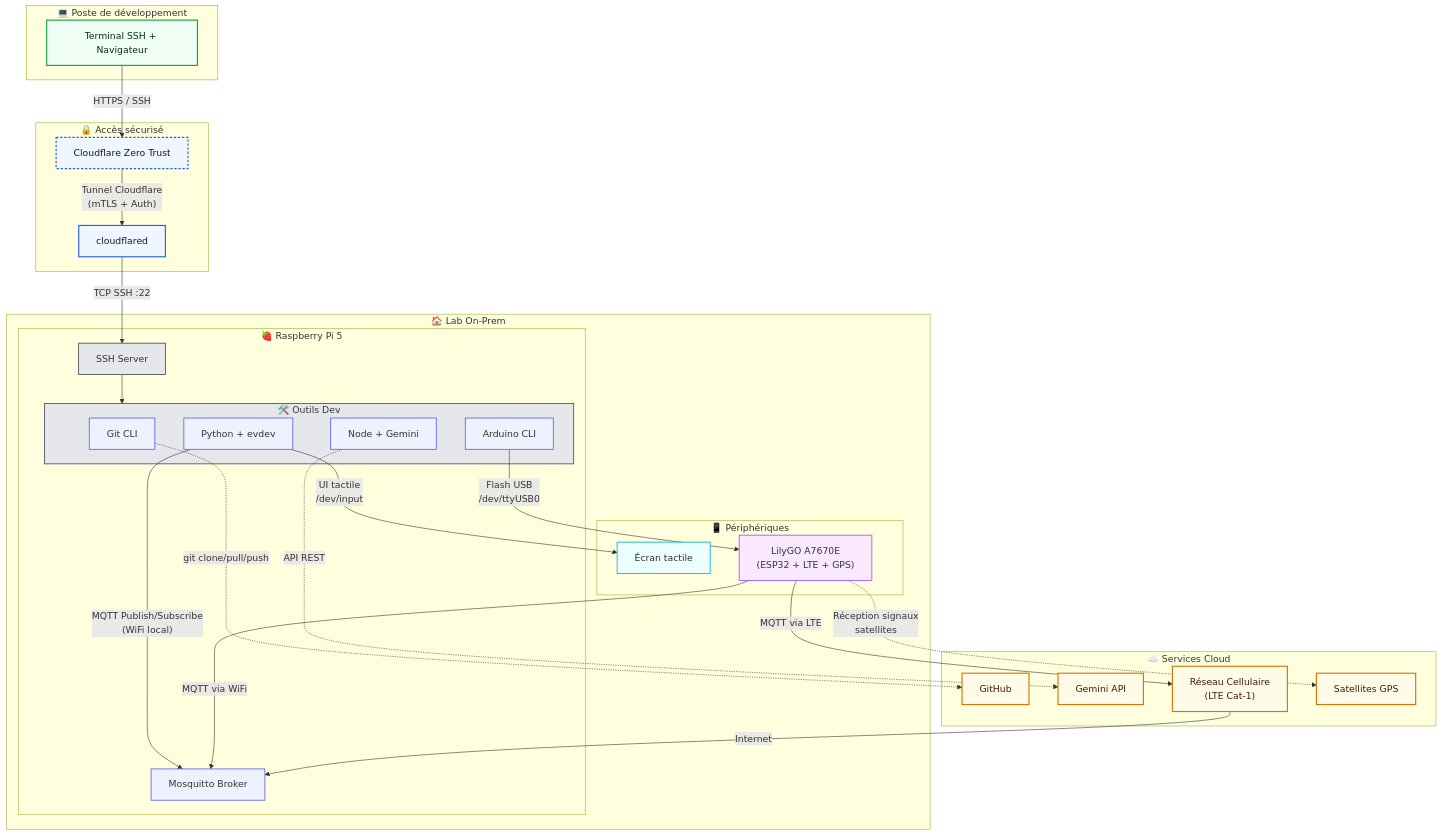
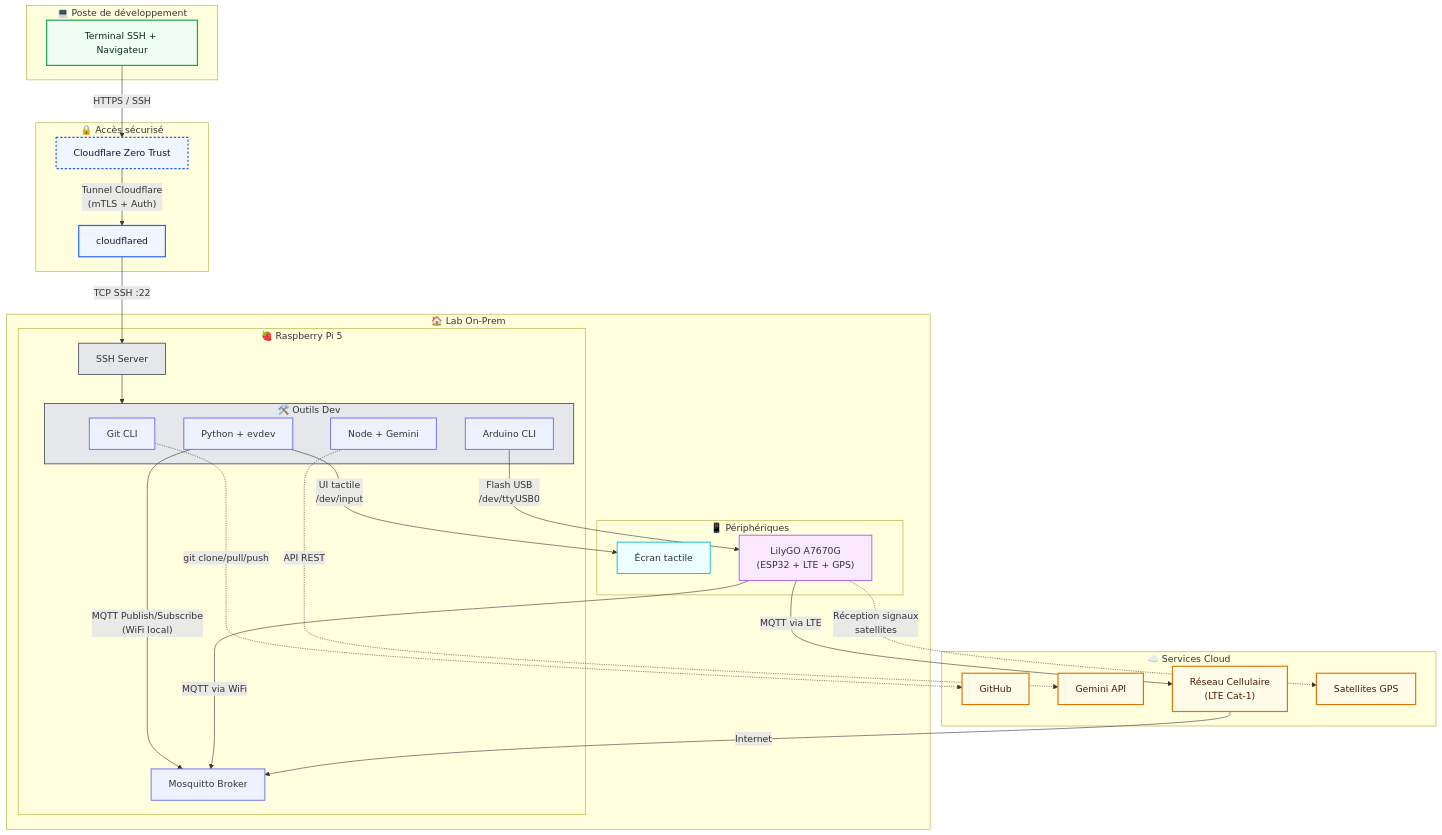
Before and after one commit to fpoisson2/243-4J5-LI: the diagram in labo2/Labo2-communication-sans-fil-MQTT-LTE.md, drawn with Mermaid. The commit also changed other lines of this file and 1 other file, not shown here.

````diff
--- a/labo2/Labo2-communication-sans-fil-MQTT-LTE.md
+++ b/labo2/Labo2-communication-sans-fil-MQTT-LTE.md
@@ -47,7 +47,7 @@
 
         subgraph Lab_Devices ["📱 Périphériques"]
             Touchscreen["Écran tactile"]:::componentDevice
-            LilyGO_A7670E["LilyGO A7670E<br/>(ESP32 + LTE + GPS)"]:::wireless
+            LilyGO_A7670G["LilyGO A7670G<br/>(ESP32 + LTE + GPS)"]:::wireless
         end
     end
 
@@ -75,24 +75,24 @@
 
     %% 4. COMMUNICATION MQTT
     Python_Env -->|"MQTT Publish/Subscribe<br/>(WiFi local)"| MQTT_Broker
-    LilyGO_A7670E -->|"MQTT via WiFi"| MQTT_Broker
-    LilyGO_A7670E -->|"MQTT via LTE"| Cellular_Network
+    LilyGO_A7670G -->|"MQTT via WiFi"| MQTT_Broker
+    LilyGO_A7670G -->|"MQTT via LTE"| Cellular_Network
     Cellular_Network -->|"Internet"| MQTT_Broker
 
     %% 5. PROGRAMMATION ET MONITORING
-    Arduino_CLI -->|"Flash USB<br/>/dev/ttyUSB0"| LilyGO_A7670E
+    Arduino_CLI -->|"Flash USB<br/>/dev/ttyUSB0"| LilyGO_A7670G
 
     %% 6. INTERACTIONS TACTILES
     Python_Env -->|"UI tactile<br/>/dev/input"| Touchscreen
 
     %% 7. GPS
-    LilyGO_A7670E -.->|"Réception signaux<br/>satellites"| GPS_Satellites
+    LilyGO_A7670G -.->|"Réception signaux<br/>satellites"| GPS_Satellites
 
     %% ==== CLASS ZONES ====
     class Dev_PC zoneClient;
     class CF_ZT,CF_Tunnel zoneAccess;
     class SSHD,Dev_Stack componentCore;
     class Touchscreen componentDevice;
-    class LilyGO_A7670E wireless;
+    class LilyGO_A7670G wireless;
     class GitHub_SaaS,Gemini_API,Cellular_Network,GPS_Satellites zoneCloud;
 ```
````
